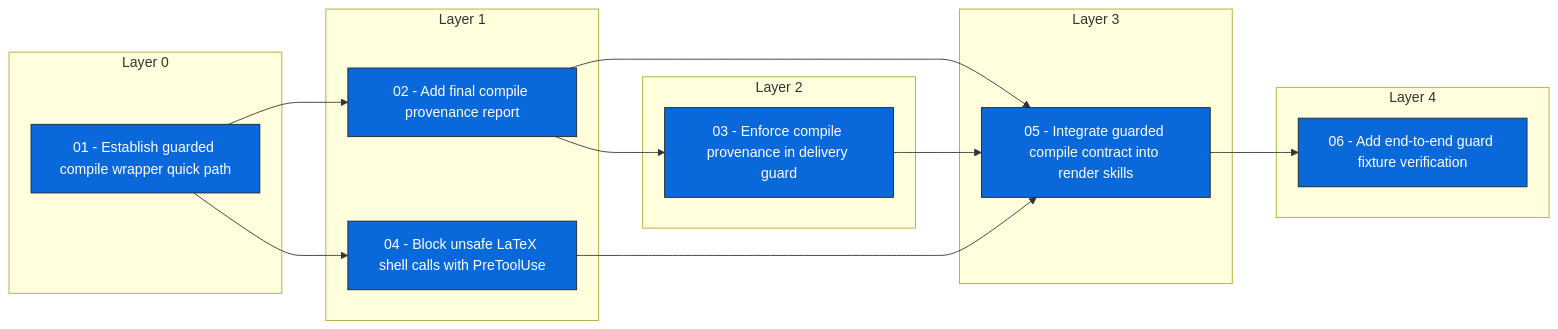
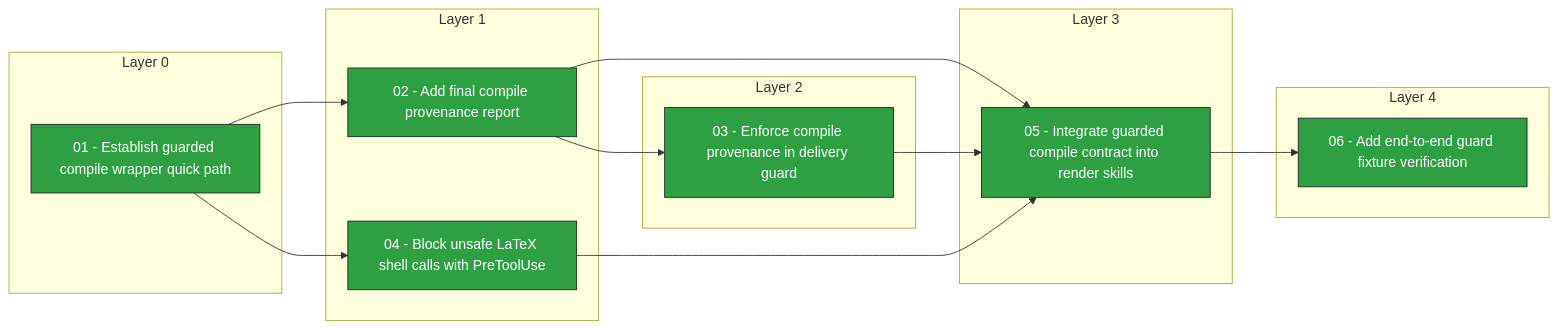
The diagram in docs/issues/_views/latex-compile-guard-dependencies.md (Nishijujuba/video2pdf), drawn with Mermaid before and after one commit. The commit also changed other lines of this file and 44 other files, not shown here.

````diff
--- a/docs/issues/_views/latex-compile-guard-dependencies.md
+++ b/docs/issues/_views/latex-compile-guard-dependencies.md
@@ -28,41 +24,41 @@
 ```mermaid
 flowchart LR
   subgraph layer_0["Layer 0"]
     n_01_establish_guarded_compile_wrapper_quick_path["01 - Establish guarded compile wrapper quick path"]
   end
   subgraph layer_1["Layer 1"]
     n_02_add_final_compile_provenance_report["02 - Add final compile provenance report"]
     n_04_block_unsafe_latex_shell_calls_with_pretooluse["04 - Block unsafe LaTeX shell calls with PreToolUse"]
   end
   subgraph layer_2["Layer 2"]
     n_03_enforce_compile_provenance_in_delivery_guard["03 - Enforce compile provenance in delivery guard"]
   end
   subgraph layer_3["Layer 3"]
     n_05_integrate_guarded_compile_contract_into_render_skills["05 - Integrate guarded compile contract into render skills"]
   end
   subgraph layer_4["Layer 4"]
     n_06_add_end_to_end_guard_fixture_verification["06 - Add end-to-end guard fixture verification"]
   end
   n_01_establish_guarded_compile_wrapper_quick_path --> n_02_add_final_compile_provenance_report
   n_02_add_final_compile_provenance_report --> n_03_enforce_compile_provenance_in_delivery_guard
   n_01_establish_guarded_compile_wrapper_quick_path --> n_04_block_unsafe_latex_shell_calls_with_pretooluse
   n_02_add_final_compile_provenance_report --> n_05_integrate_guarded_compile_contract_into_render_skills
   n_03_enforce_compile_provenance_in_delivery_guard --> n_05_integrate_guarded_compile_contract_into_render_skills
   n_04_block_unsafe_latex_shell_calls_with_pretooluse --> n_05_integrate_guarded_compile_contract_into_render_skills
   n_05_integrate_guarded_compile_contract_into_render_skills --> n_06_add_end_to_end_guard_fixture_verification
-  class n_01_establish_guarded_compile_wrapper_quick_path ready_for_agent
-  class n_02_add_final_compile_provenance_report ready_for_agent
-  class n_03_enforce_compile_provenance_in_delivery_guard ready_for_agent
-  class n_04_block_unsafe_latex_shell_calls_with_pretooluse ready_for_agent
-  class n_05_integrate_guarded_compile_contract_into_render_skills ready_for_agent
-  class n_06_add_end_to_end_guard_fixture_verification ready_for_agent
+  class n_01_establish_guarded_compile_wrapper_quick_path done
+  class n_02_add_final_compile_provenance_report done
+  class n_03_enforce_compile_provenance_in_delivery_guard done
+  class n_04_block_unsafe_latex_shell_calls_with_pretooluse done
+  class n_05_integrate_guarded_compile_contract_into_render_skills done
+  class n_06_add_end_to_end_guard_fixture_verification done
   classDef done fill:#2ea043,stroke:#1f2328,color:#ffffff
   classDef ready_for_agent fill:#0969da,stroke:#1f2328,color:#ffffff
   classDef ready_for_human fill:#8250df,stroke:#1f2328,color:#ffffff
   classDef in_progress fill:#d4a72c,stroke:#1f2328,color:#ffffff
   classDef blocked fill:#cf222e,stroke:#1f2328,color:#ffffff
   classDef in_review fill:#bc4c00,stroke:#1f2328,color:#ffffff
   classDef needs_info fill:#8c959f,stroke:#1f2328,color:#ffffff
   classDef needs_triage fill:#d0d7de,stroke:#1f2328,color:#ffffff
   classDef wontfix fill:#57606a,stroke:#1f2328,color:#ffffff
 ```
````
